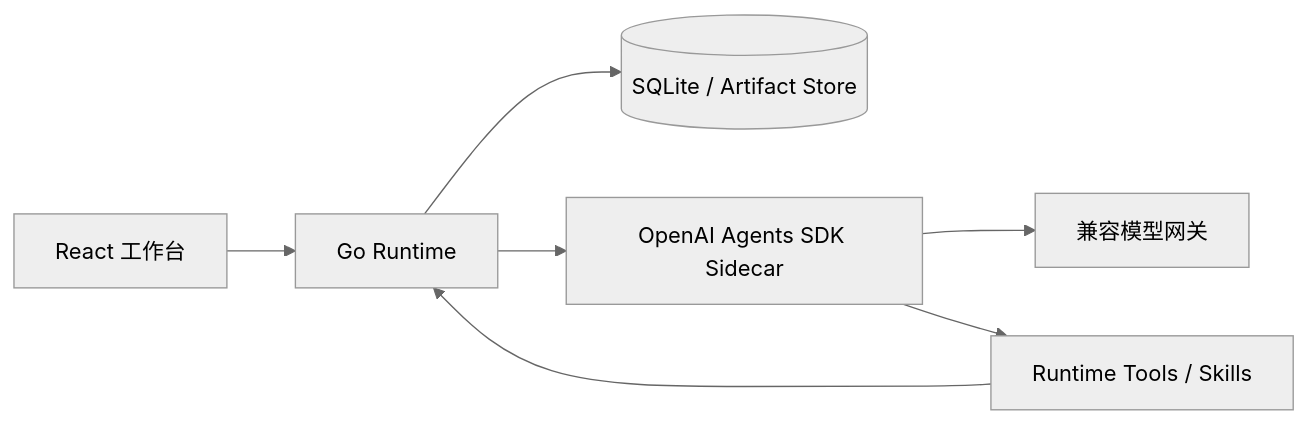
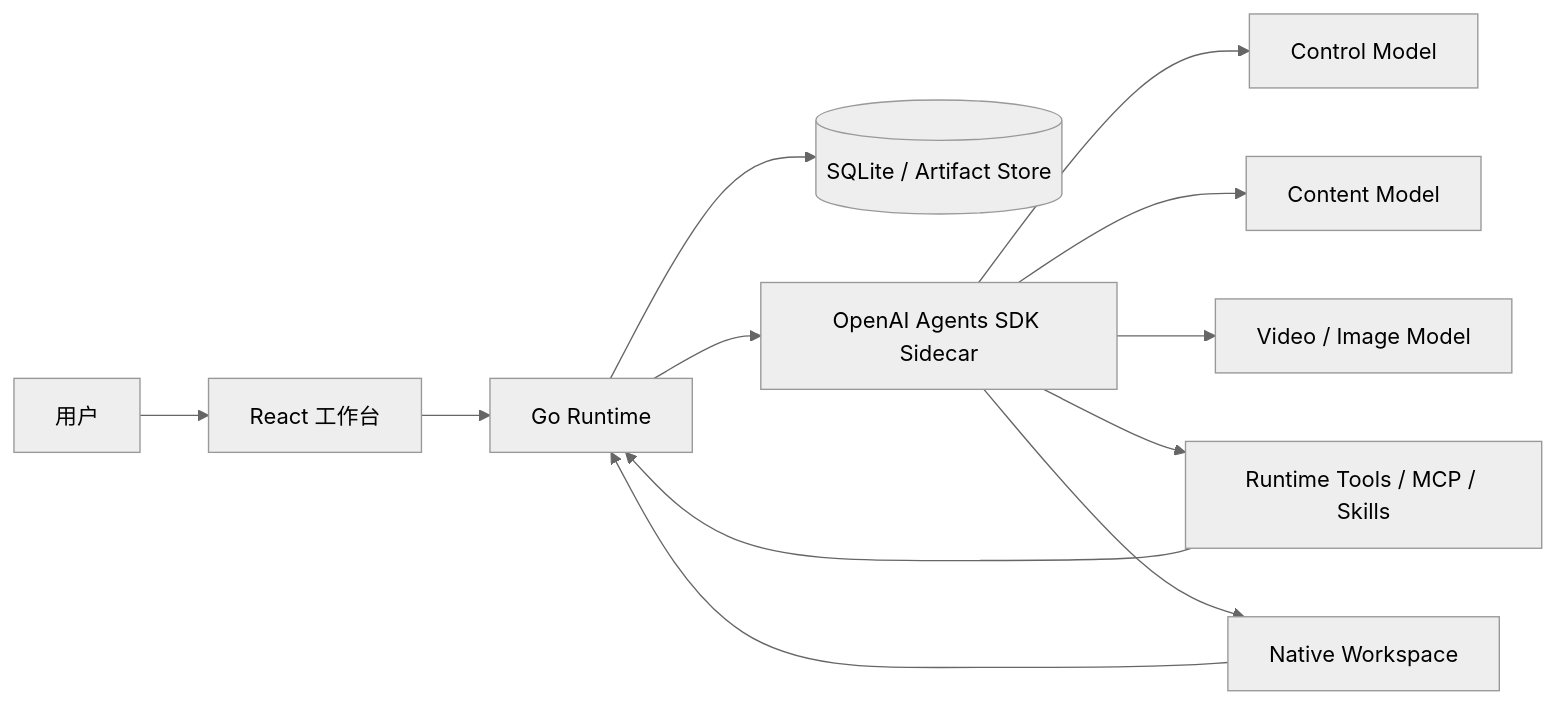
One commit to Arron201476/Arron changed the diagram in README.md. Above: the diagram before and after it, drawn with Mermaid (neutral theme). The commit also changed other lines of this file, not shown here.

Commit message:
docs-expand-agent-and-skills-readme

````diff
--- a/README.md
+++ b/README.md
@@ -19,9 +20,14 @@
 ```mermaid
 flowchart LR
-    UI[React 工作台] --> API[Go Runtime]
+    USER[用户] --> UI[React 工作台]
+    UI --> API[Go Runtime]
     API --> DB[(SQLite / Artifact Store)]
     API --> SDK[OpenAI Agents SDK Sidecar]
-    SDK --> MODEL[兼容模型网关]
-    SDK --> TOOLS[Runtime Tools / Skills]
+    SDK --> CONTROL[Control Model]
+    SDK --> CONTENT[Content Model]
+    SDK --> VIDEO[Video / Image Model]
+    SDK --> TOOLS[Runtime Tools / MCP / Skills]
+    SDK --> SANDBOX[Native Workspace]
     TOOLS --> API
+    SANDBOX --> API
 ```
````
